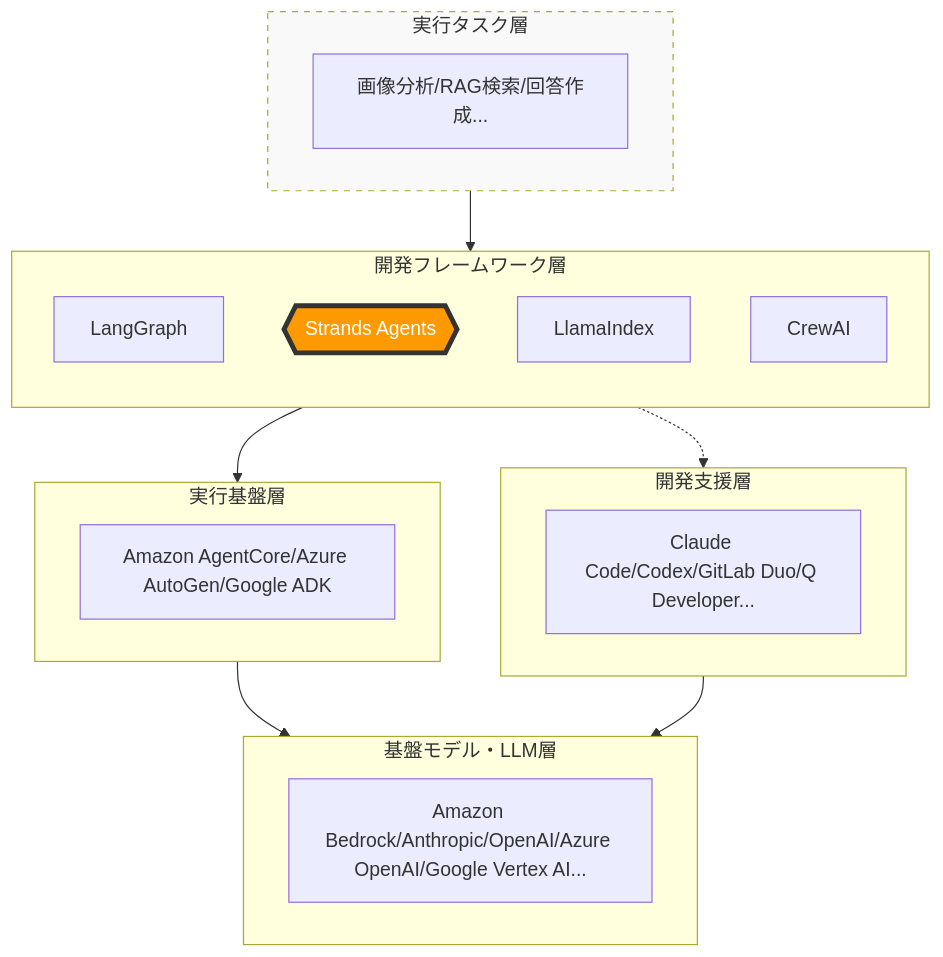
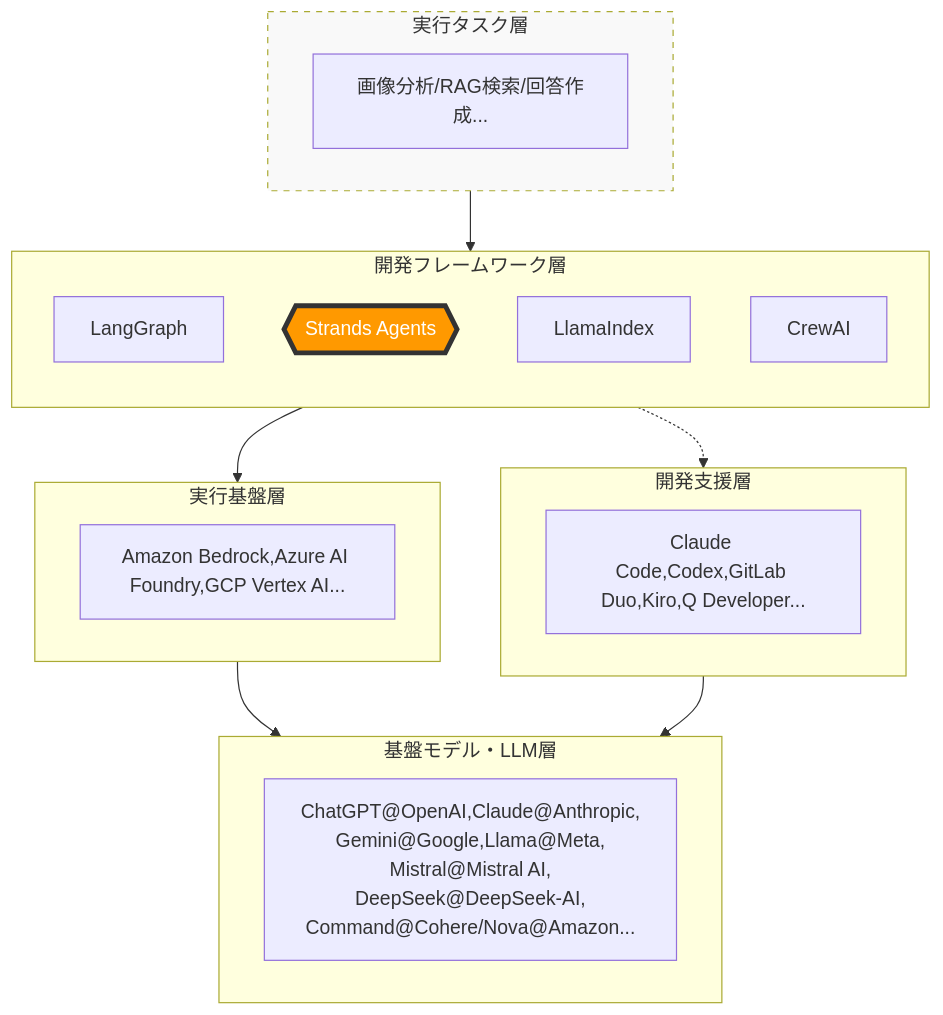
The first of 4 diagrams in 10.基本構成/10-00-000.Strandsエージェントとは.md (awk256/strandsagents), drawn with Mermaid before and after one commit. The commit also changed 1 other file, not shown here.

Commit message:
2026-01-14 14:59

````diff
--- a/10.基本構成/10-00-000.Strandsエージェントとは.md
+++ b/10.基本構成/10-00-000.Strandsエージェントとは.md
@@ -52,42 +52,42 @@
 ```mermaid
 graph TD
     %% 最上位：タスクとユーザー
     subgraph Execution_Layer [実行タスク層]
         Task1[画像分析/RAG検索/回答作成...]
     end
 
     %% 第二層：フレームワーク（オーケストレーション）
     subgraph Framework_Layer [開発フレームワーク層]
         direction TB
         LangGraph[LangGraph]
         Strands{{Strands Agents}}
         LlamaIndex[LlamaIndex]
         CrewAI[CrewAI]
     end
 
     %% 第三層：開発支援・IDE・AIコーディング
     subgraph Dev_Tools [開発支援層]
-        devTools[Claude Code/Codex/GitLab Duo/Q Developer...]
+        devTools[Claude Code,Codex,GitLab Duo,Kiro,Q Developer...]
     end
 
     %% 第四層：プラットフォーム・SDK
     subgraph Platform_Layer [実行基盤層]
-        platformLayer[Amazon AgentCore/Azure AutoGen/Google ADK]
+        platformLayer[Amazon Bedrock,Azure AI Foundry,GCP Vertex AI...]
     end
 
-    %% 第五層：基盤モデルプロバイダー（脳）
+    %% 第五層：基盤モデル（脳）
     subgraph Model_Layer [基盤モデル・LLM層]
-		modelLayer[Amazon Bedrock/Anthropic/OpenAI/Azure OpenAI/Google Vertex AI...]
+		modelLayer[ ChatGPT@OpenAI,Claude@Anthropic,<br/>Gemini@Google,Llama@Meta,<br/>Mistral@Mistral AI,<br/>DeepSeek@DeepSeek-AI,<br/>Command@Cohere/Nova@Amazon...]
     end
 
     %% 関連付け
     Execution_Layer --> Strands
     Strands -.-> Dev_Tools
     Strands --> Platform_Layer
     Platform_Layer --> Model_Layer
     Dev_Tools --> Model_Layer
 
     %% 強調スタイル
     style Strands fill:#FF9900,stroke:#333,stroke-width:4px,color:#fff
     style Execution_Layer fill:#f9f9f9,stroke-dasharray: 5 5
 ```
````
